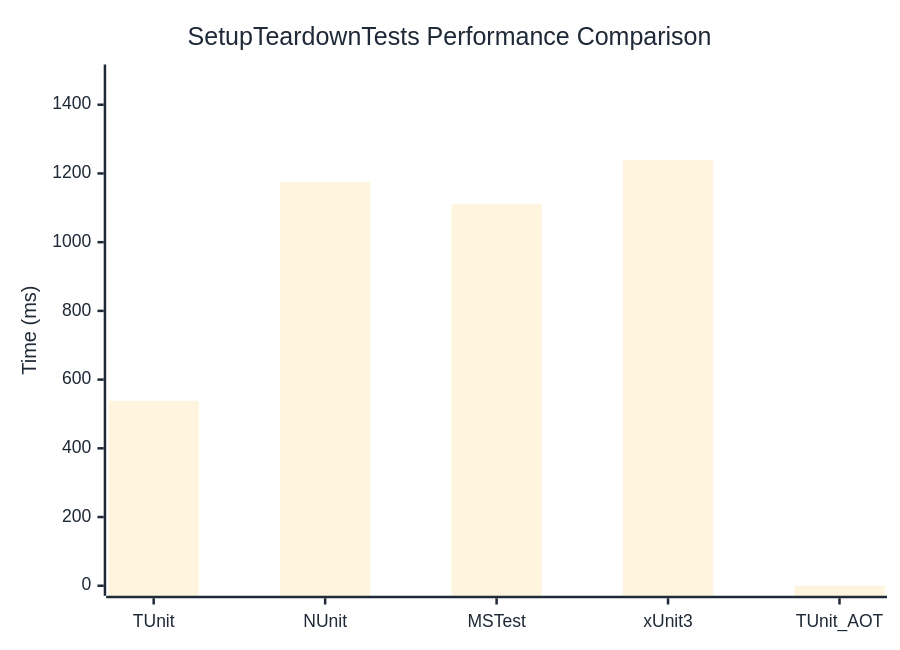
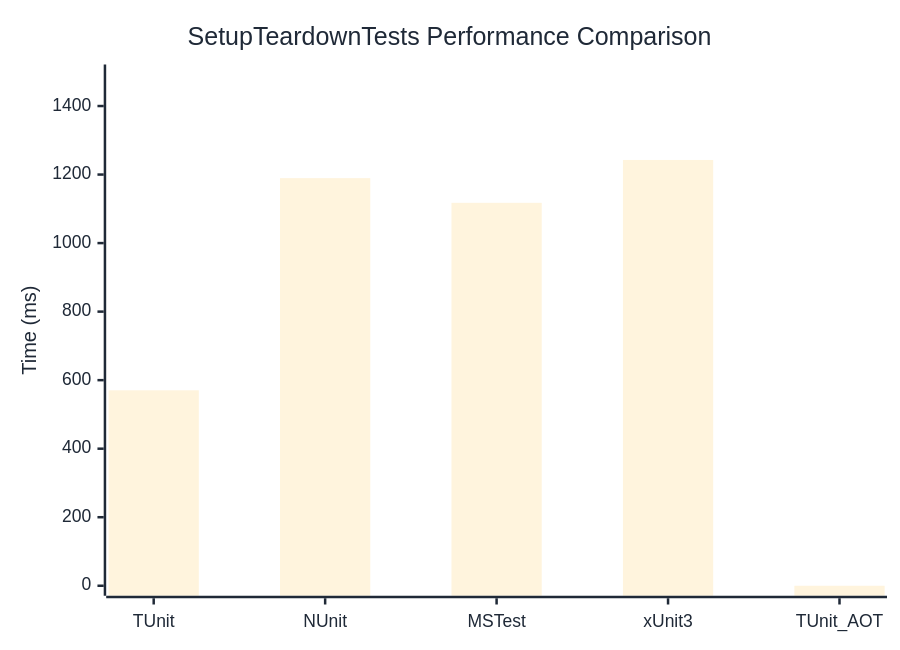
The diagram in docs/docs/benchmarks/SetupTeardownTests.md (thomhurst/TUnit), drawn with Mermaid before and after one commit. The commit also changed other lines of this file and 17 other files, not shown here.

````diff
--- a/docs/docs/benchmarks/SetupTeardownTests.md
+++ b/docs/docs/benchmarks/SetupTeardownTests.md
@@ -27,37 +27,37 @@
 ```mermaid
 %%{init: {
   'theme':'base',
   'themeVariables': {
     'primaryColor': '#2563eb',
     'primaryTextColor': '#1f2937',
     'primaryBorderColor': '#1e40af',
     'lineColor': '#6b7280',
     'secondaryColor': '#7c3aed',
     'tertiaryColor': '#dc2626',
     'background': '#ffffff',
     'mainBkg': '#2563eb',
     'secondBkg': '#7c3aed',
     'tertiaryBkg': '#dc2626',
     'clusterBkg': '#f3f4f6',
     'edgeLabelBackground': '#ffffff',
     'tertiaryTextColor': '#1f2937',
     'pie1': '#2563eb',
     'pie2': '#7c3aed',
     'pie3': '#dc2626',
     'pie4': '#f59e0b',
     'pie5': '#10b981',
     'pie6': '#06b6d4',
     'pie7': '#ec4899',
     'pie8': '#6366f1',
     'pie9': '#84cc16',
     'pie10': '#f97316',
     'pie11': '#14b8a6',
     'pie12': '#a855f7'
   }
 }}%%
 xychart-beta
   title "SetupTeardownTests Performance Comparison"
   x-axis ["TUnit", "NUnit", "MSTest", "xUnit3", "TUnit_AOT"]
-  y-axis "Time (ms)" 0 --> 1488
-  bar [538.3, 1174.9, 1111.3, 1239.2, 0]
+  y-axis "Time (ms)" 0 --> 1492
+  bar [570.4, 1189.6, 1117.5, 1242.6, 0]
 ```
````
